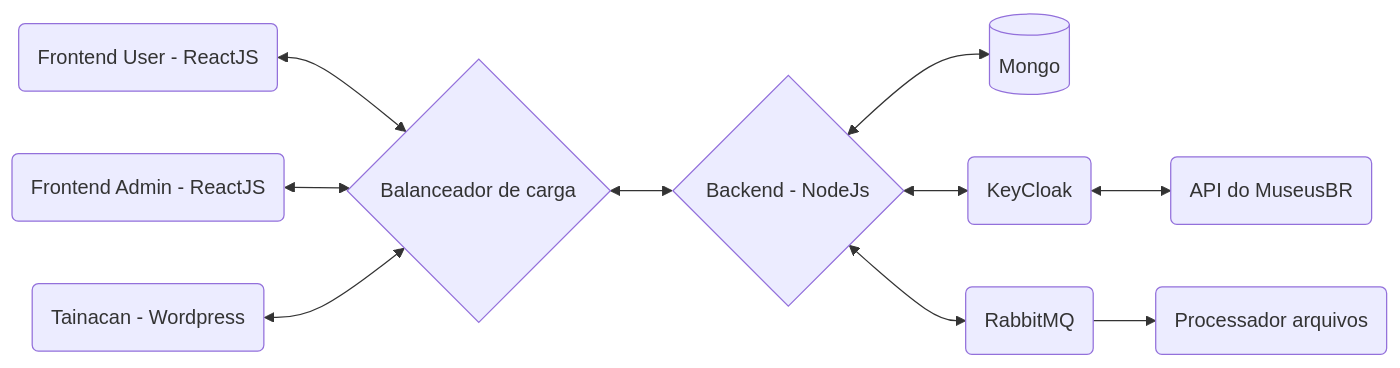
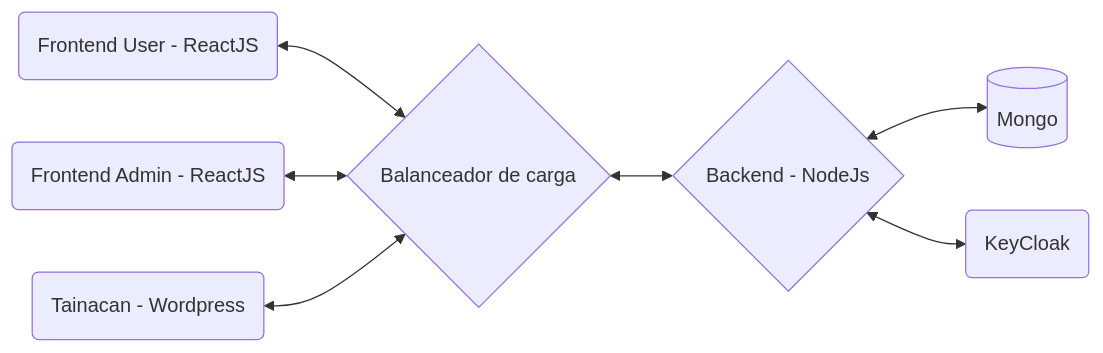
One commit to Nocs-lab/inbcm-docs changed the diagram in docs/arquitetura.md. Above: the diagram before and after it, drawn with Mermaid. The commit also changed other lines of this file and 2 other files, not shown here.

Commit message:
Ajustes no arquivo de arquitetura

````diff
--- a/docs/arquitetura.md
+++ b/docs/arquitetura.md
@@ -7,12 +7,12 @@
 ```mermaid
 graph LR
     A(Frontend User - ReactJS) <--> L{Balanceador de carga}
     C(Frontend Admin - ReactJS) <--> L{Balanceador de carga}
     D(Tainacan - Wordpress) <--> L{Balanceador de carga}
     L{Balanceador de carga} <--> E{Backend - NodeJs}
     E{Backend - NodeJs} <--> F[(Mongo)]
     E{Backend - NodeJs} <--> G(KeyCloak)
-    G(KeyCloak) <--> H(API do MuseusBR)
-    E{Backend - NodeJs} <--> I(RabbitMQ)
-    I(RabbitMQ) --> J(Processador arquivos)
+    %%G(KeyCloak) <--> H(API do MuseusBR)
+    %%E{Backend - NodeJs} <--> I(RabbitMQ)
+    %%I(RabbitMQ) --> J(Processador arquivos)
 ```
````
